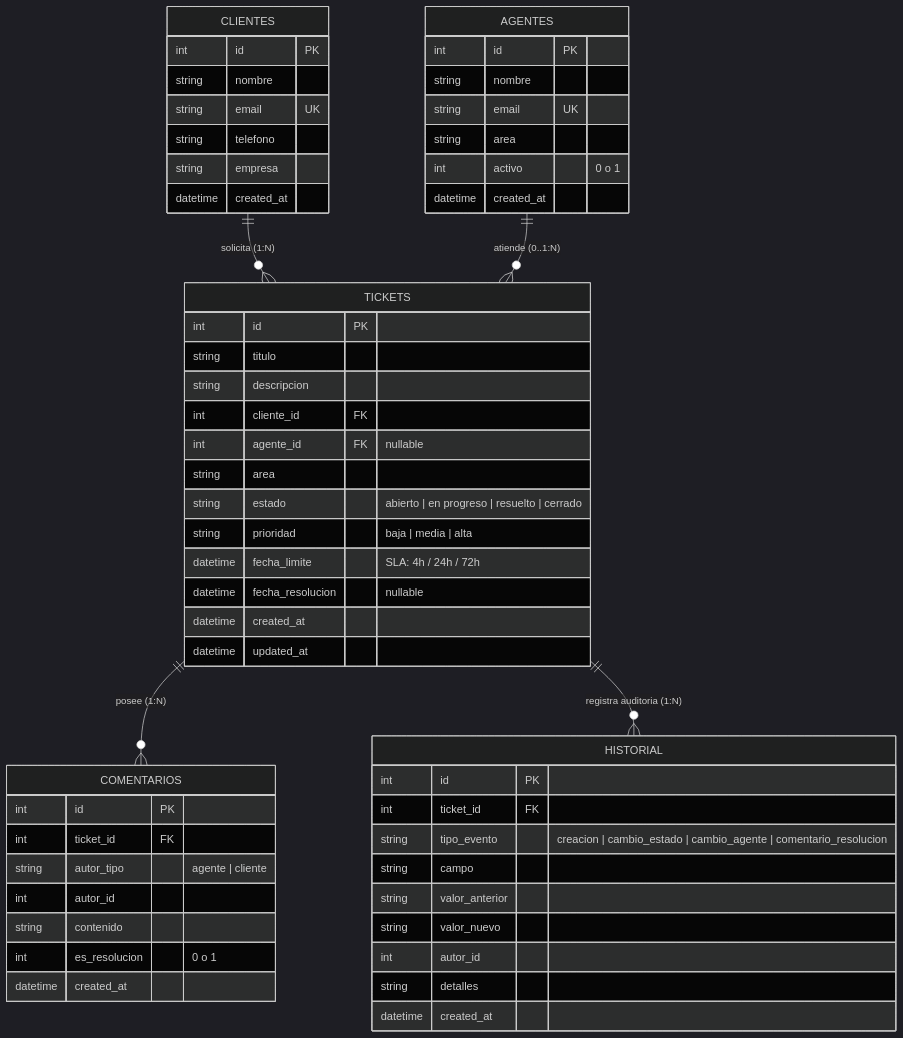
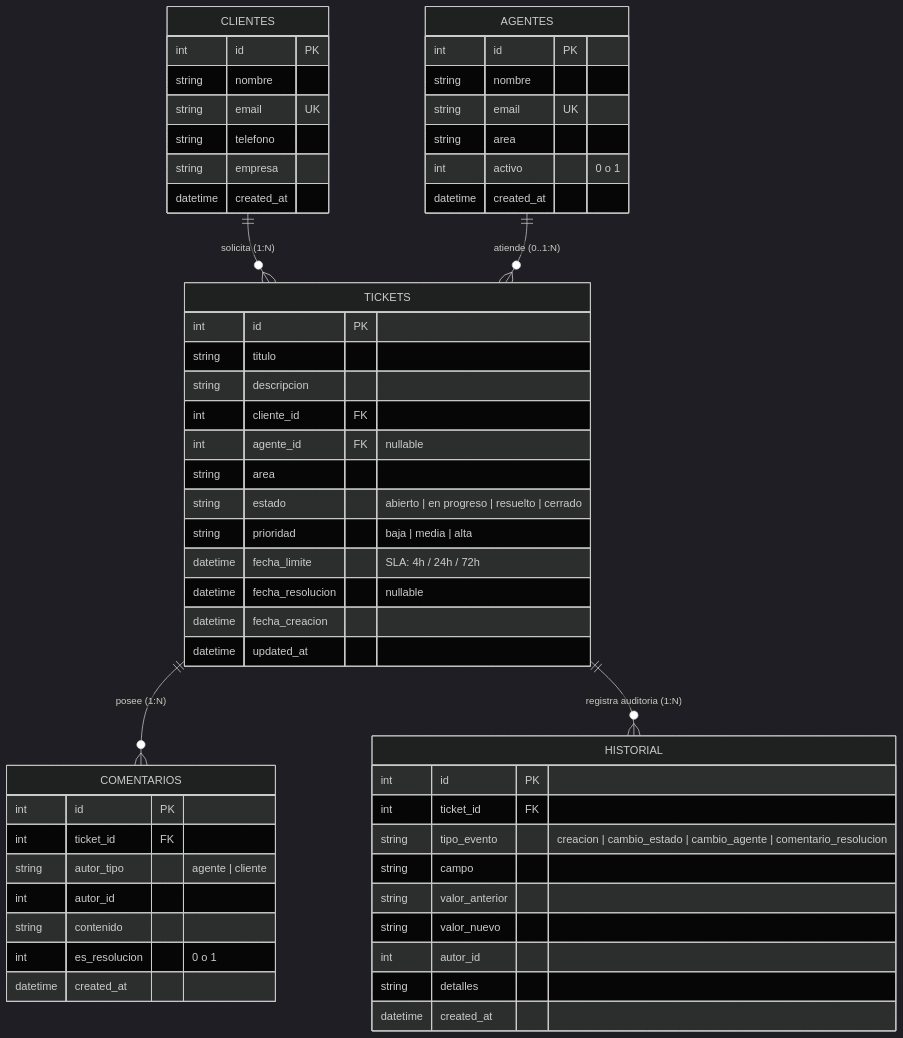
One commit to 1hellen0/Mesa-de-ayuda changed the diagram in Mesa-de-ayuda/docs/database-design.md. Above: the diagram before and after it, drawn with Mermaid (dark theme). The commit also changed other lines of this file and 9 other files, not shown here.

````diff
--- a/Mesa-de-ayuda/docs/database-design.md
+++ b/Mesa-de-ayuda/docs/database-design.md
@@ -10,62 +10,62 @@
 ```mermaid
 erDiagram
     CLIENTES ||--o{ TICKETS : "solicita (1:N)"
     AGENTES ||--o{ TICKETS : "atiende (0..1:N)"
     TICKETS ||--o{ COMENTARIOS : "posee (1:N)"
     TICKETS ||--o{ HISTORIAL : "registra auditoria (1:N)"
 
     CLIENTES {
         int id PK
         string nombre
         string email UK
         string telefono
         string empresa
         datetime created_at
     }
 
     AGENTES {
         int id PK
         string nombre
         string email UK
         string area
         int activo "0 o 1"
         datetime created_at
     }
 
     TICKETS {
         int id PK
         string titulo
         string descripcion
         int cliente_id FK
         int agente_id FK "nullable"
         string area
         string estado "abierto | en progreso | resuelto | cerrado"
         string prioridad "baja | media | alta"
         datetime fecha_limite "SLA: 4h / 24h / 72h"
         datetime fecha_resolucion "nullable"
-        datetime created_at
+        datetime fecha_creacion
         datetime updated_at
     }
 
     COMENTARIOS {
         int id PK
         int ticket_id FK
         string autor_tipo "agente | cliente"
         int autor_id
         string contenido
         int es_resolucion "0 o 1"
         datetime created_at
     }
 
     HISTORIAL {
         int id PK
         int ticket_id FK
         string tipo_evento "creacion | cambio_estado | cambio_agente | comentario_resolucion"
         string campo
         string valor_anterior
         string valor_nuevo
         int autor_id
         string detalles
         datetime created_at
     }
 ```
````
